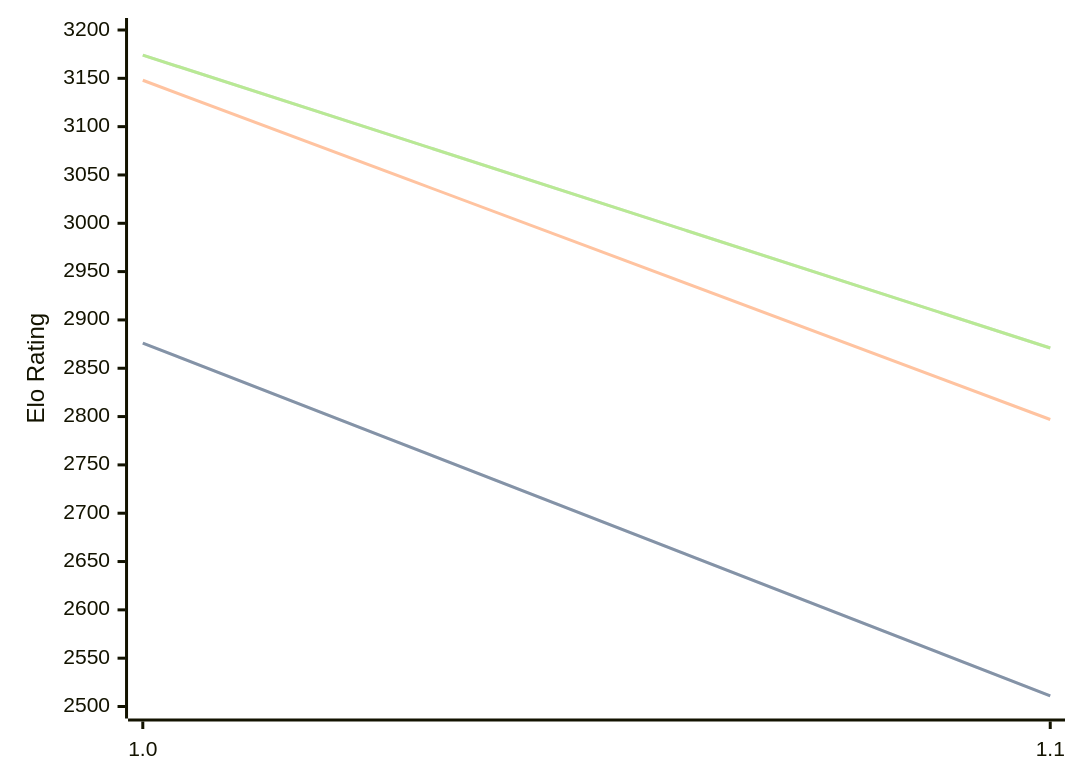
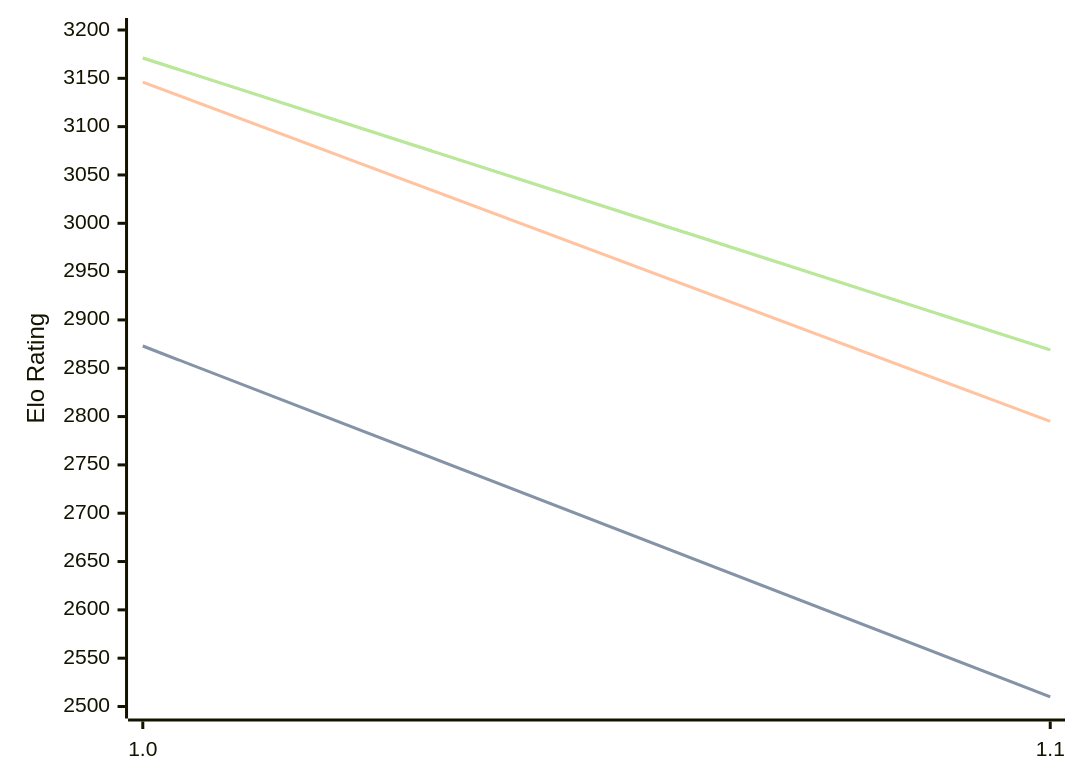
One commit to computer-chess-index/cci changed the diagram in engines/Publius.md. Above: the diagram before and after it, drawn with Mermaid. The commit also changed other lines of this file, not shown here.

Commit message:
Update CCI Ratings (ELO VLTC) - 2026-04-23

````diff
--- a/engines/Publius.md
+++ b/engines/Publius.md
@@ -32,11 +32,11 @@
 ```mermaid
 %%{init: {"theme":"base","themeVariables":{"seriesColors:['#a3a3a3','#222221','#faa371']}}}%%
 xychart-beta
   x-axis ["1.0", "1.1"]
   y-axis "Elo Rating" 2500 --> 3200
-  line "STC (8.0+0.08s)" [2876, 2511]
-  line "STC (8.0+0.08s)" [2876, 2511]
-  line "LTC (60.0+0.60s)" [3148, 2797]
-  line "VLTC (2m24s+1.12s)" [3174, 2871]
-  line "VLTC (2m24s+1.12s)" [3174, 2871]
+  line "STC (8.0+0.08s)" [2873, 2510]
+  line "STC (8.0+0.08s)" [2873, 2510]
+  line "LTC (60.0+0.60s)" [3146, 2795]
+  line "VLTC (2m24s+1.12s)" [3171, 2869]
+  line "VLTC (2m24s+1.12s)" [3171, 2869]
 ```
````
